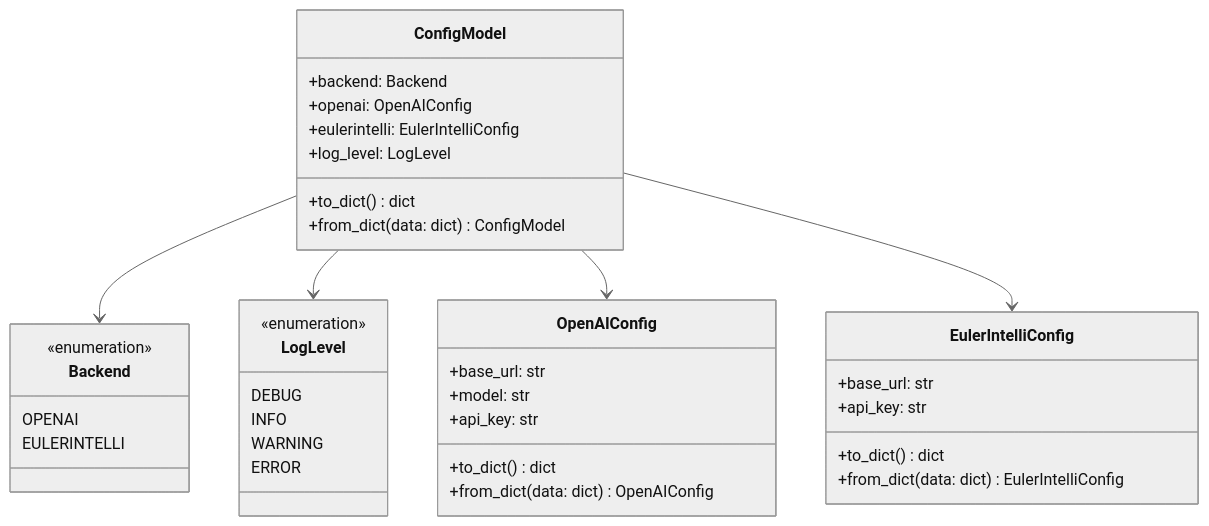
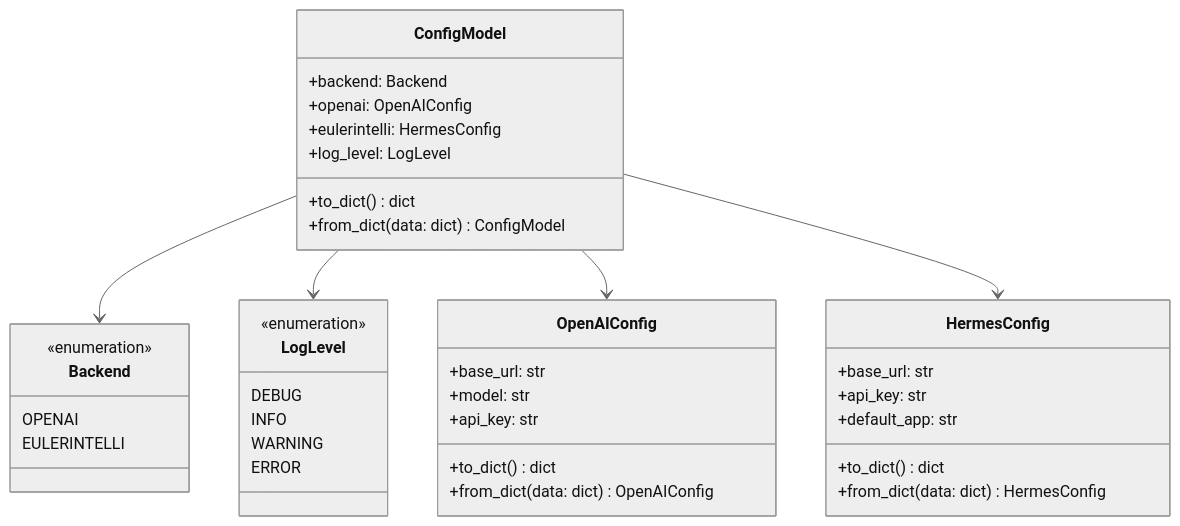
The second of 9 diagrams in docs/development/配置管理模块设计.md (HongyuS/euler-copilot-shell), drawn with Mermaid (neutral theme) before and after one commit. The commit also changed other lines of this file and 3 other files, not shown here.

````diff
--- a/docs/development/配置管理模块设计.md
+++ b/docs/development/配置管理模块设计.md
@@ -58,45 +58,46 @@
 ```mermaid
 classDiagram
     class ConfigModel {
         +backend: Backend
         +openai: OpenAIConfig
-        +eulerintelli: EulerIntelliConfig
+        +eulerintelli: HermesConfig
         +log_level: LogLevel
         +to_dict() dict
         +from_dict(data: dict) ConfigModel
     }
     
     class Backend {
         <<enumeration>>
         OPENAI
         EULERINTELLI
     }
     
     class LogLevel {
         <<enumeration>>
         DEBUG
         INFO
         WARNING
         ERROR
     }
     
     class OpenAIConfig {
         +base_url: str
         +model: str
         +api_key: str
         +to_dict() dict
         +from_dict(data: dict) OpenAIConfig
     }
     
-    class EulerIntelliConfig {
+    class HermesConfig {
         +base_url: str
         +api_key: str
+        +default_app: str
         +to_dict() dict
-        +from_dict(data: dict) EulerIntelliConfig
+        +from_dict(data: dict) HermesConfig
     }
     
     ConfigModel --> Backend
     ConfigModel --> LogLevel
     ConfigModel --> OpenAIConfig
-    ConfigModel --> EulerIntelliConfig
+    ConfigModel --> HermesConfig
 ```
````
